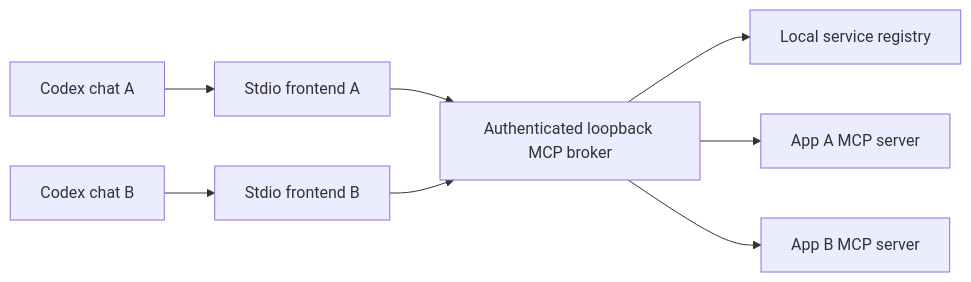
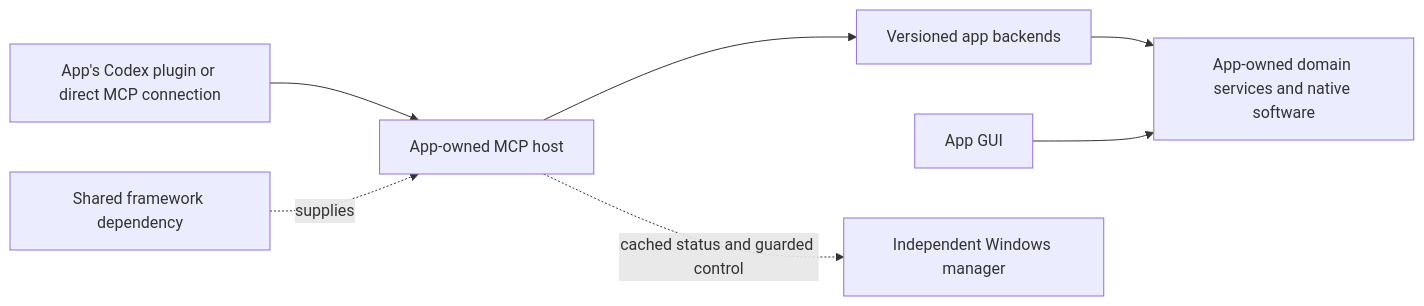
The diagram in README.md (votecoffee/CodexMCPBroker), drawn with Mermaid before and after one commit. The commit also changed other lines of this file and 56 other files, not shown here.

Commit message:
Retire universal plugin; keep shared framework and independent manager

````diff
--- a/README.md
+++ b/README.md
@@ -236,10 +236,9 @@
 ```mermaid
 flowchart LR
-    A[Codex chat A] --> P[Stdio frontend A]
-    B[Codex chat B] --> Q[Stdio frontend B]
-    P --> G[Authenticated loopback MCP broker]
-    Q --> G
-    G --> R[Local service registry]
-    G --> X[App A MCP server]
-    G --> Y[App B MCP server]
+    A[App's Codex plugin or direct MCP connection] --> H[App-owned MCP host]
+    H --> W[Versioned app backends]
+    W --> D[App-owned domain services and native software]
+    GUI[App GUI] --> D
+    F[Shared framework dependency] -. supplies .-> H
+    H -. cached status and guarded control .-> M[Independent Windows manager]
 ```
````
